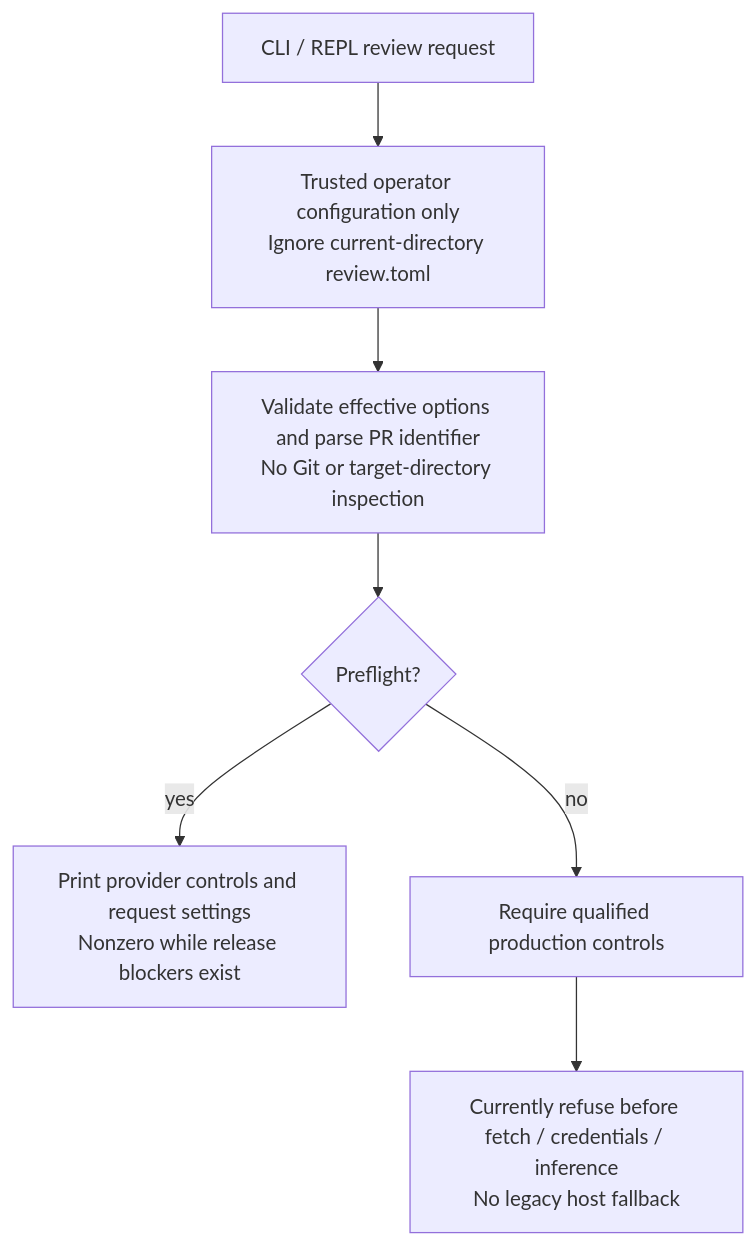
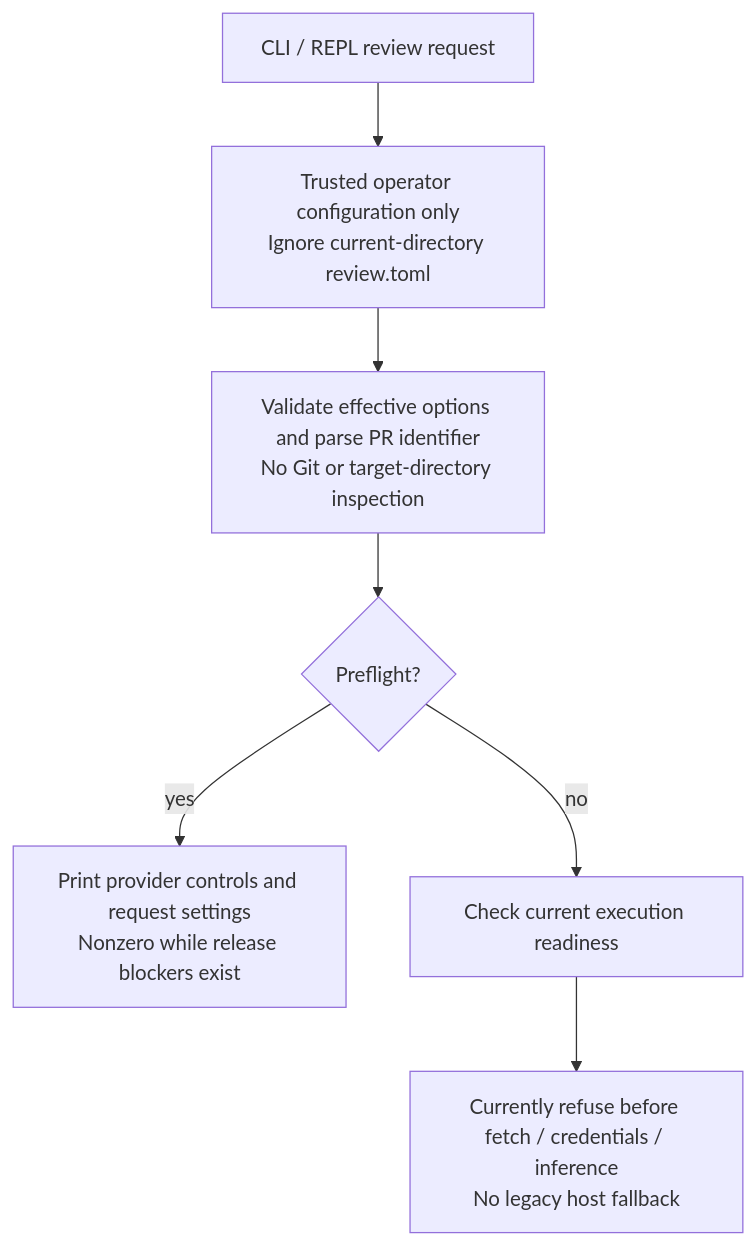
Before and after one commit to sskelkar/code-reviewer: the second of 4 diagrams in docs/architecture.md, drawn with Mermaid. The commit also changed other lines of this file and 68 other files, not shown here.

````diff
--- a/docs/architecture.md
+++ b/docs/architecture.md
@@ -15,9 +32,9 @@
 ```mermaid
 flowchart TD
     ENTRY["CLI / REPL review request"] --> CFG["Trusted operator configuration only<br/>Ignore current-directory review.toml"]
     CFG --> REQUEST["Validate effective options and parse PR identifier<br/>No Git or target-directory inspection"]
     REQUEST --> CHECK{"Preflight?"}
     CHECK -->|yes| JSON["Print provider controls and request settings<br/>Nonzero while release blockers exist"]
-    CHECK -->|no| GATE["Require qualified production controls"]
+    CHECK -->|no| GATE["Check current execution readiness"]
     GATE --> STOP["Currently refuse before fetch / credentials / inference<br/>No legacy host fallback"]
 ```
````
